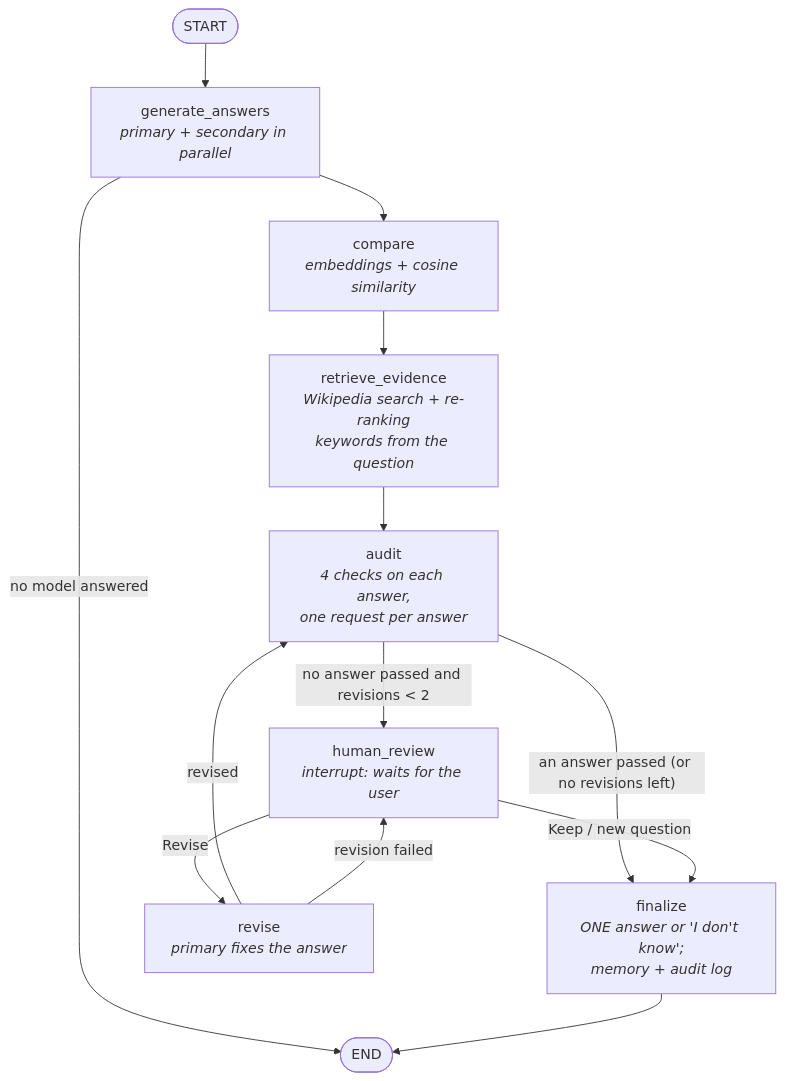
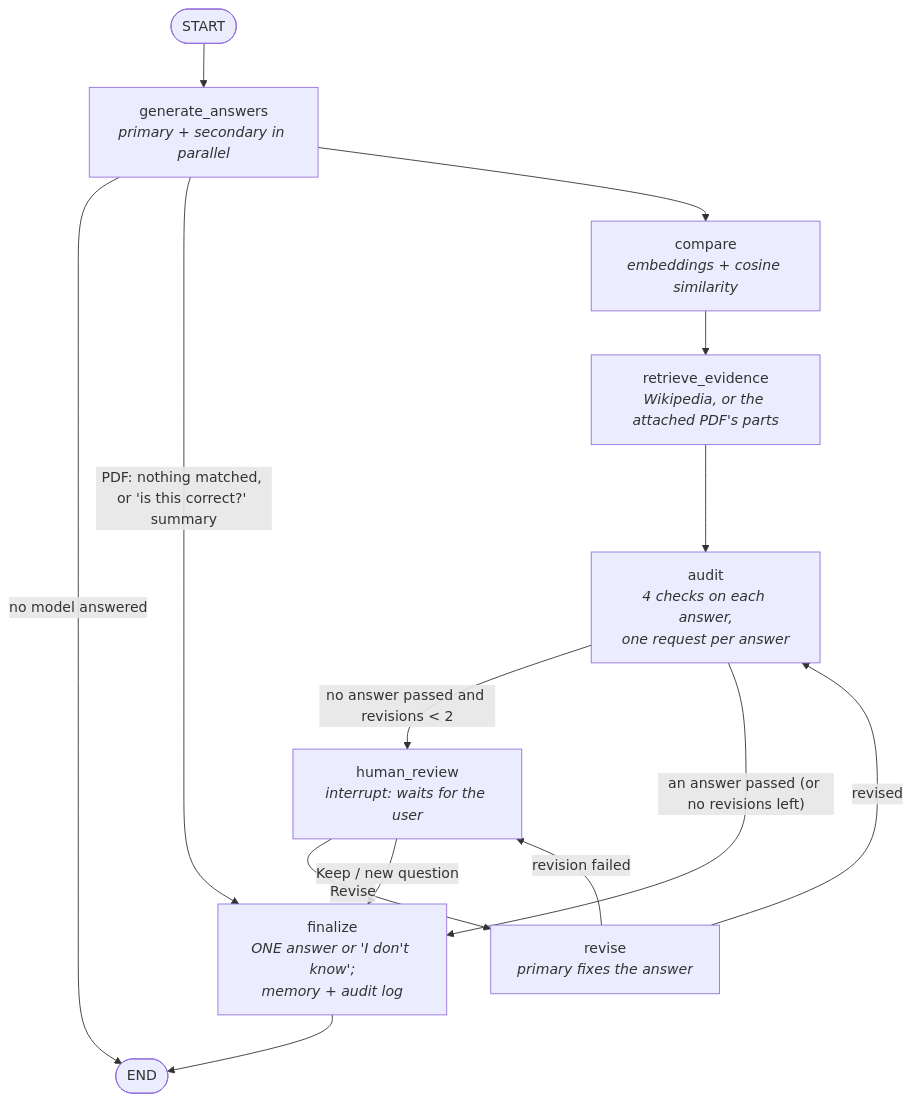
The diagram in README.md (tamarkilasonia/VerdictAI), drawn with Mermaid before and after one commit. The commit also changed other lines of this file and 6 other files, not shown here.

````diff
--- a/README.md
+++ b/README.md
@@ -113,15 +49,16 @@
 ```mermaid
 flowchart TD
     S([START]) --> G[generate_answers<br/><i>primary + secondary in parallel</i>]
     G -->|no model answered| E([END])
+    G -->|"PDF: nothing matched, or 'is this correct?' summary"| F
     G --> C[compare<br/><i>embeddings + cosine similarity</i>]
-    C --> R[retrieve_evidence<br/><i>Wikipedia search + re-ranking<br/>keywords from the question</i>]
+    C --> R[retrieve_evidence<br/><i>Wikipedia, or the attached PDF's parts</i>]
     R --> A[audit<br/><i>4 checks on each answer,<br/>one request per answer</i>]
     A -->|"no answer passed and revisions < 2"| H[human_review<br/><i>interrupt: waits for the user</i>]
     A -->|"an answer passed (or no revisions left)"| F[finalize<br/><i>ONE answer or 'I don't know';<br/>memory + audit log</i>]
     H -->|Revise| V[revise<br/><i>primary fixes the answer</i>]
     H -->|Keep / new question| F
     V -->|revised| A
     V -->|revision failed| H
     F --> E
 ```
````
